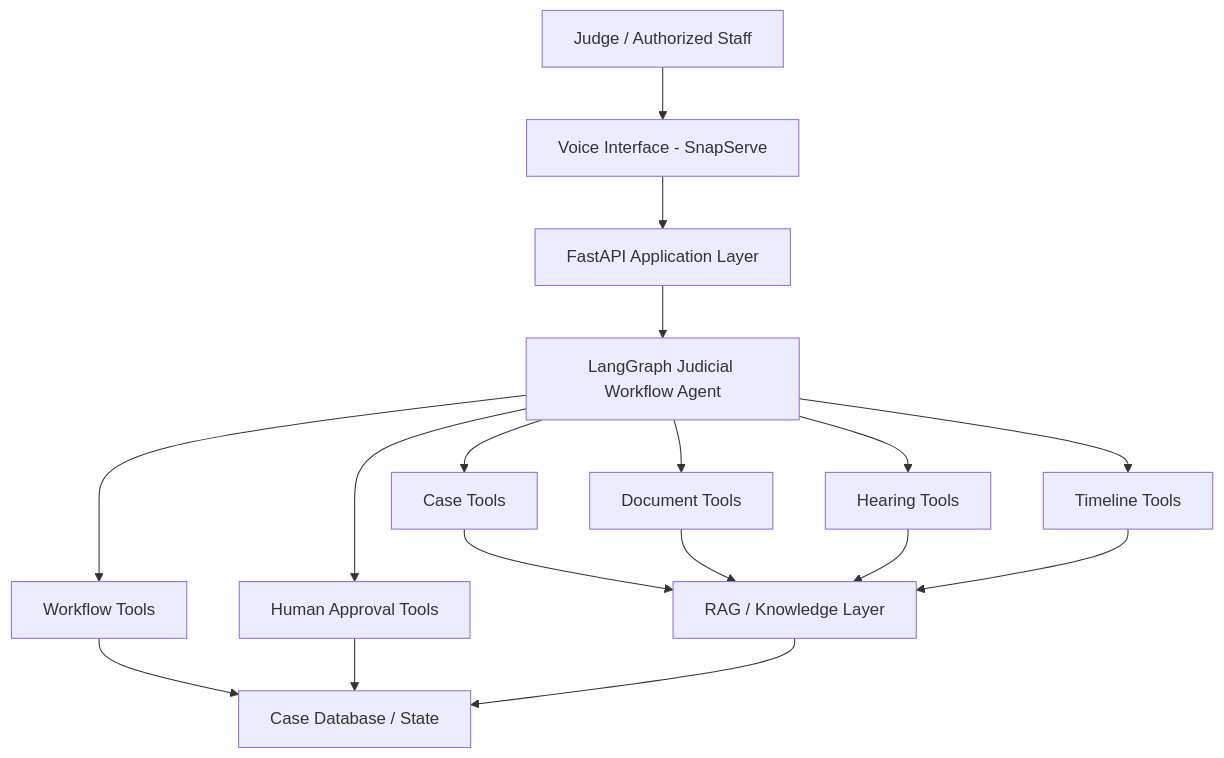
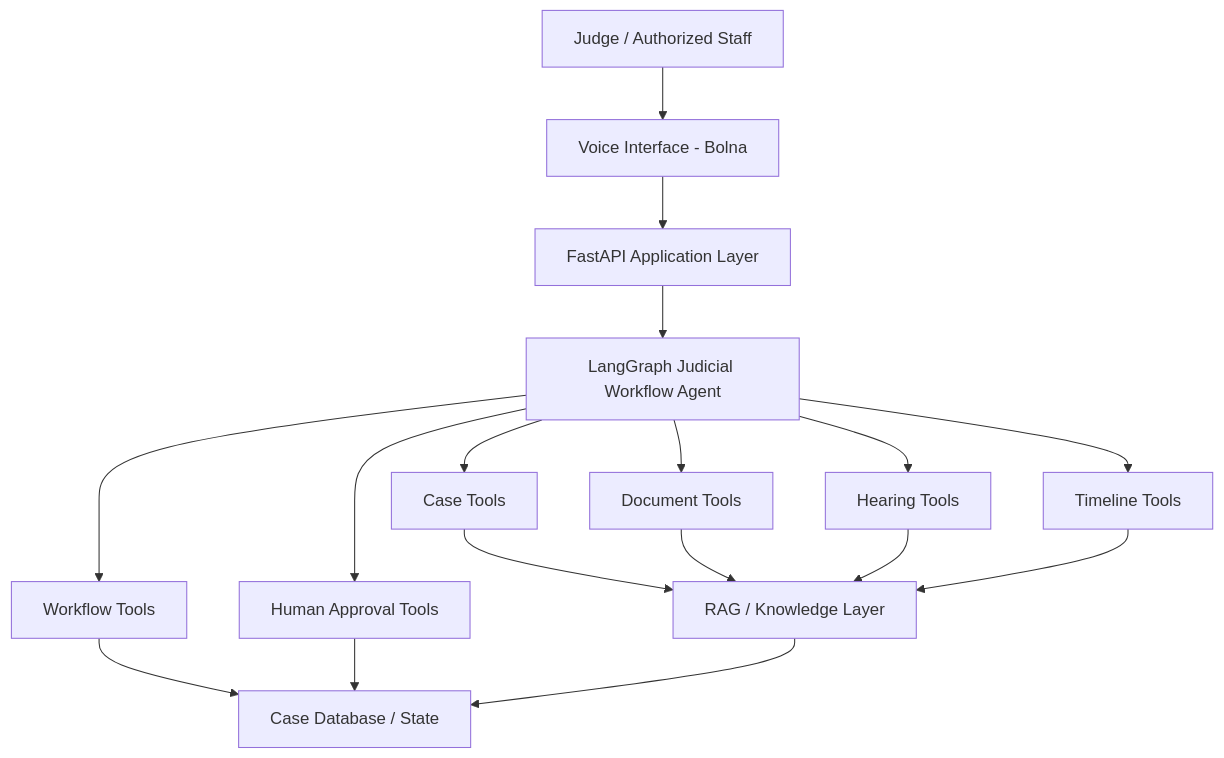
The first of 5 diagrams in DOCS.md (codingwithmaajid/Ams-Hackathon-2026), drawn with Mermaid before and after one commit. The commit also changed other lines of this file, not shown here.

Commit message:
Jolly: rename + Bolna voice layer (DOCS.md)

````diff
--- a/DOCS.md
+++ b/DOCS.md
@@ -84,19 +86,19 @@
 ```mermaid
 flowchart TD
-    U["Judge / Authorized Staff"] --> V["Voice Interface - SnapServe"]
+    U["Judge / Authorized Staff"] --> V["Voice Interface - Bolna"]
     V --> A["FastAPI Application Layer"]
     A --> G["LangGraph Judicial Workflow Agent"]
     G --> C["Case Tools"]
     G --> D["Document Tools"]
     G --> H["Hearing Tools"]
     G --> T["Timeline Tools"]
     G --> W["Workflow Tools"]
     G --> P["Human Approval Tools"]
     C --> R["RAG / Knowledge Layer"]
     D --> R
     H --> R
     T --> R
     W --> S["Case Database / State"]
     P --> S
     R --> S
 ```
````
